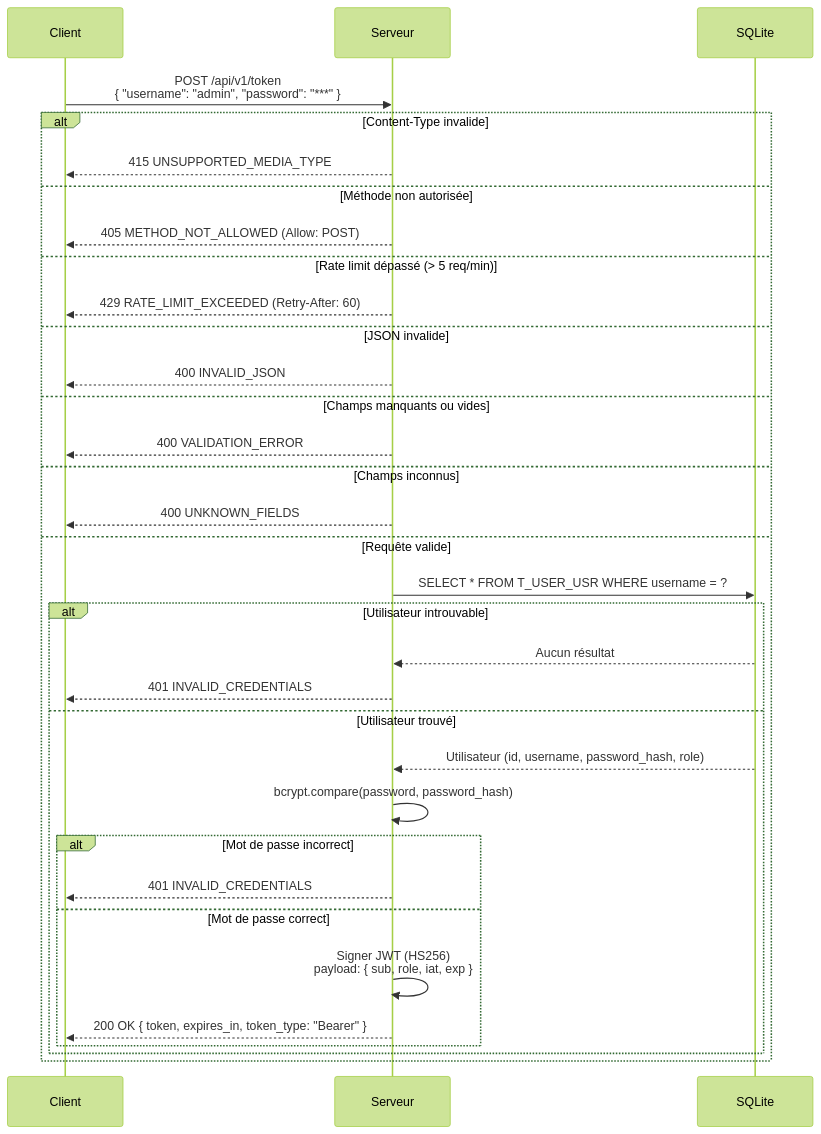
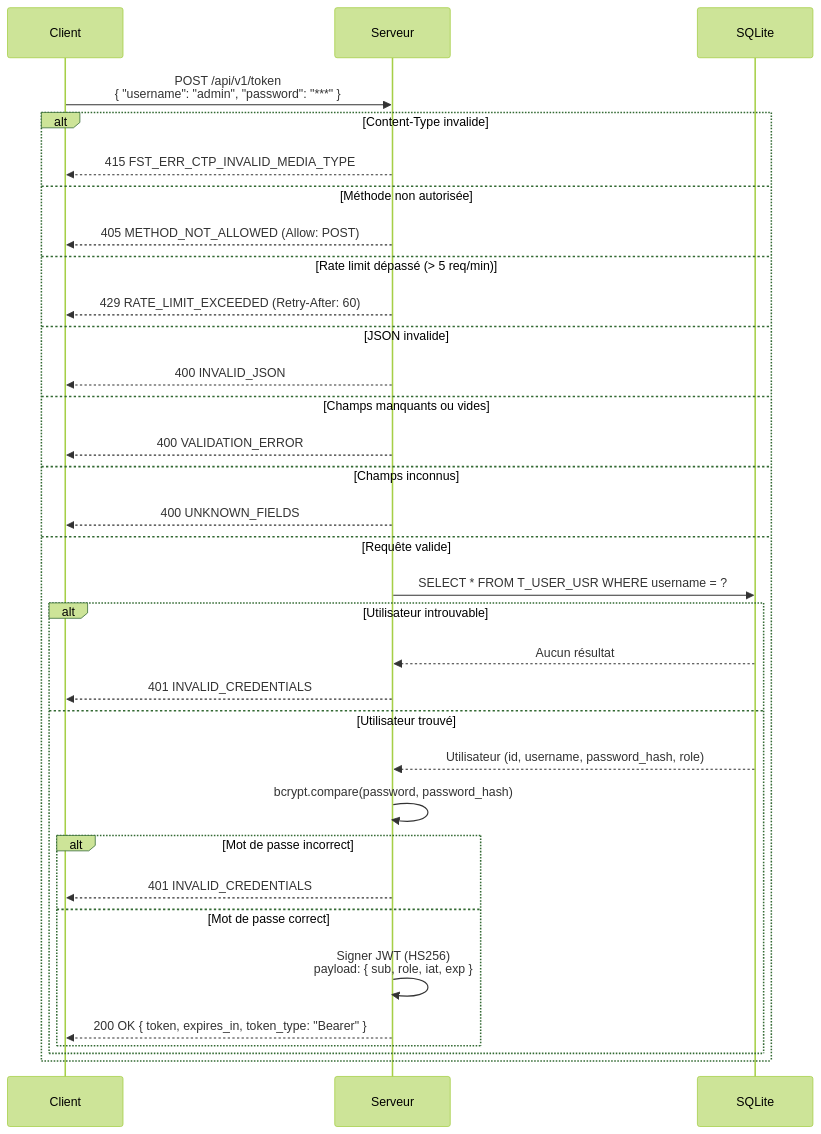
The diagram in docs/specs/diagrams/US-003-authentication-token-sequence.mmd (ODehel/quiz-live-server), drawn with Mermaid before and after one commit. The commit also changed 18 other files, not shown here.

```diff
--- a/docs/specs/diagrams/US-003-authentication-token-sequence.mmd
+++ b/docs/specs/diagrams/US-003-authentication-token-sequence.mmd
@@ -1,36 +1,36 @@
 %%{init: {"theme": "forest"}}%%
 sequenceDiagram
     participant C as Client
     participant S as Serveur
     participant DB as SQLite
 
     C->>S: POST /api/v1/token<br/>{ "username": "admin", "password": "***" }
 
     alt Content-Type invalide
-        S-->>C: 415 UNSUPPORTED_MEDIA_TYPE
+        S-->>C: 415 FST_ERR_CTP_INVALID_MEDIA_TYPE
     else Méthode non autorisée
         S-->>C: 405 METHOD_NOT_ALLOWED (Allow: POST)
     else Rate limit dépassé (> 5 req/min)
         S-->>C: 429 RATE_LIMIT_EXCEEDED (Retry-After: 60)
     else JSON invalide
         S-->>C: 400 INVALID_JSON
     else Champs manquants ou vides
         S-->>C: 400 VALIDATION_ERROR
     else Champs inconnus
         S-->>C: 400 UNKNOWN_FIELDS
     else Requête valide
         S->>DB: SELECT * FROM T_USER_USR WHERE username = ?
         alt Utilisateur introuvable
             DB-->>S: Aucun résultat
             S-->>C: 401 INVALID_CREDENTIALS
         else Utilisateur trouvé
             DB-->>S: Utilisateur (id, username, password_hash, role)
             S->>S: bcrypt.compare(password, password_hash)
             alt Mot de passe incorrect
                 S-->>C: 401 INVALID_CREDENTIALS
             else Mot de passe correct
                 S->>S: Signer JWT (HS256)<br/>payload: { sub, role, iat, exp }
                 S-->>C: 200 OK { token, expires_in, token_type: "Bearer" }
             end
         end
     end
```
